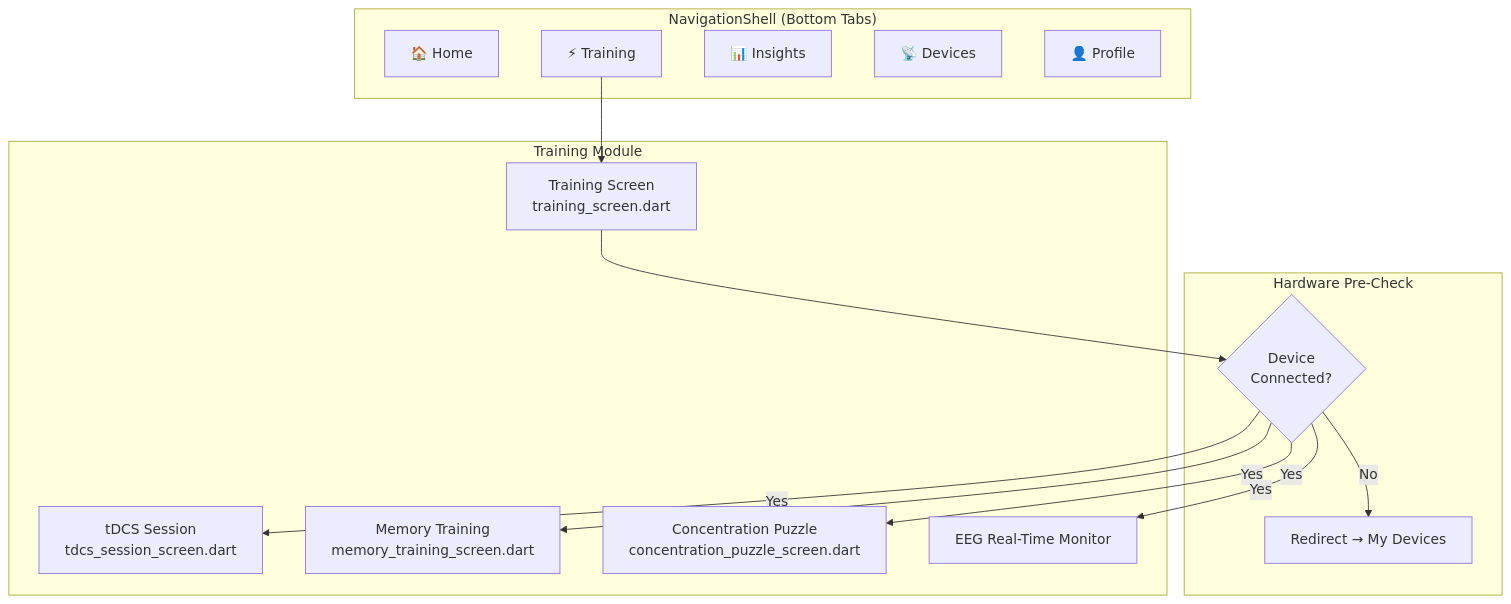
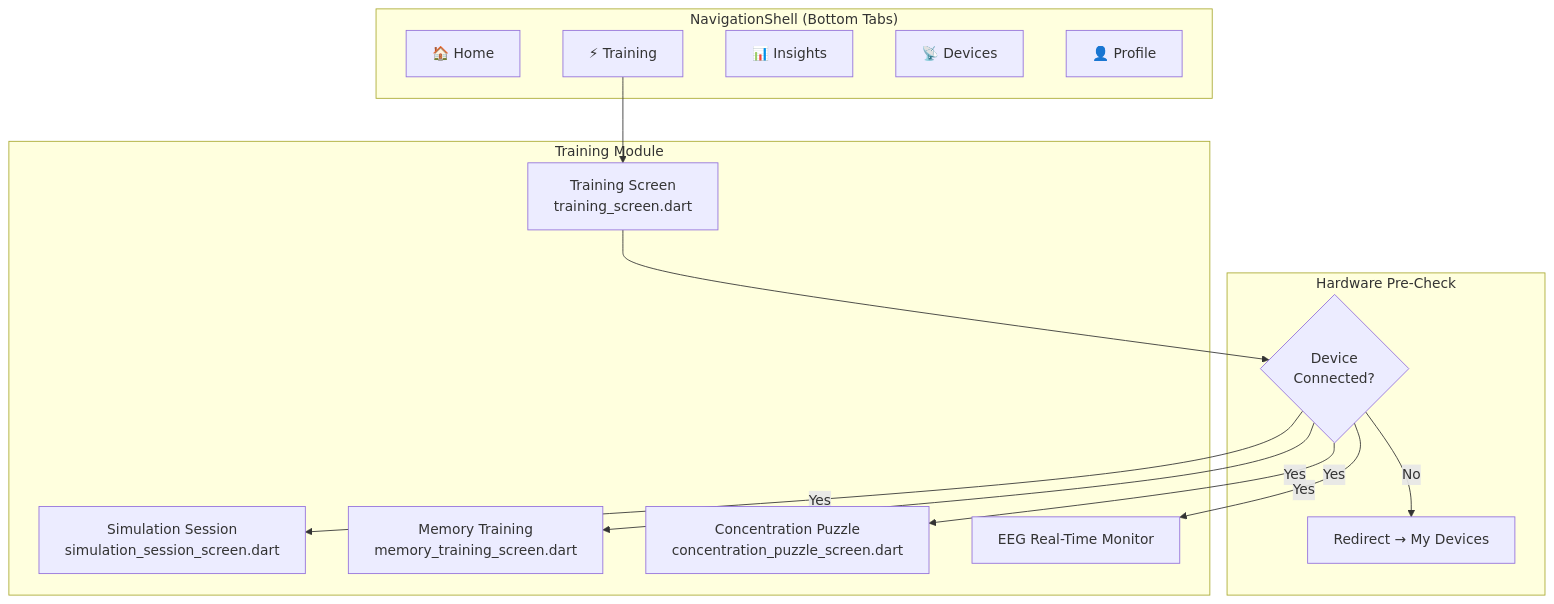
One commit to ameenmv/haze_clue_docs changed the first of 2 diagrams in docs/mobile/index.md. Above: the diagram before and after it, drawn with Mermaid. The commit also changed other lines of this file and 12 other files, not shown here.

Commit message:
docs: update technical documentation covering auth UI, Vercel deployment, backend simulation, device scanning, and new API features.

````diff
--- a/docs/mobile/index.md
+++ b/docs/mobile/index.md
@@ -24,28 +24,28 @@
 ```mermaid
 graph TD
     subgraph Shell["NavigationShell (Bottom Tabs)"]
         Home["🏠 Home"]
         Training["⚡ Training"]
         Insights["📊 Insights"]
         Devices["📡 Devices"]
         Profile["👤 Profile"]
     end
 
     subgraph Training_Screens["Training Module"]
         TrainingScreen["Training Screen<br/>training_screen.dart"]
-        TdcsSession["tDCS Session<br/>tdcs_session_screen.dart"]
+        SimulationSession["Simulation Session<br/>simulation_session_screen.dart"]
         Memory["Memory Training<br/>memory_training_screen.dart"]
         Concentration["Concentration Puzzle<br/>concentration_puzzle_screen.dart"]
         EEGMonitor["EEG Real-Time Monitor"]
     end
 
     subgraph Connectivity["Hardware Pre-Check"]
         DeviceCheck{"Device\nConnected?"}
         Redirect["Redirect → My Devices"]
     end
 
     Training --> TrainingScreen
     TrainingScreen --> DeviceCheck
     DeviceCheck -- No --> Redirect
-    DeviceCheck -- Yes --> TdcsSession & Memory & Concentration & EEGMonitor
+    DeviceCheck -- Yes --> SimulationSession & Memory & Concentration & EEGMonitor
 ```
````
